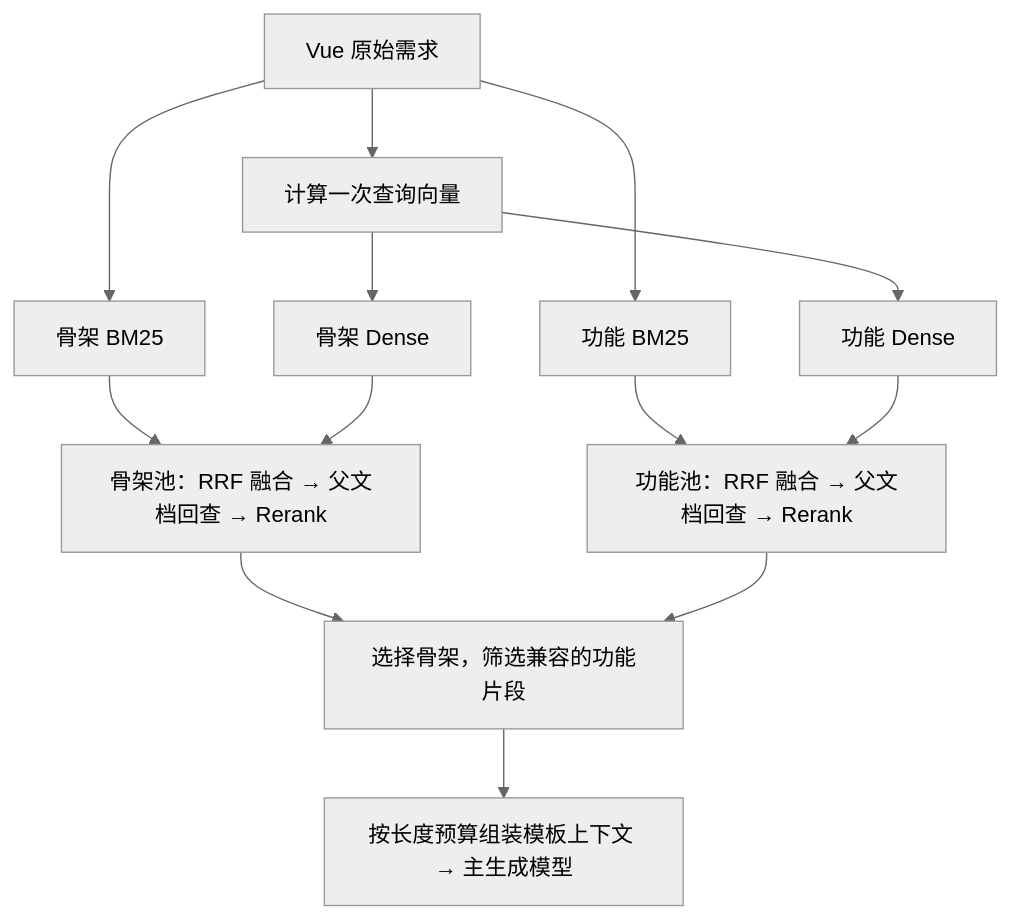
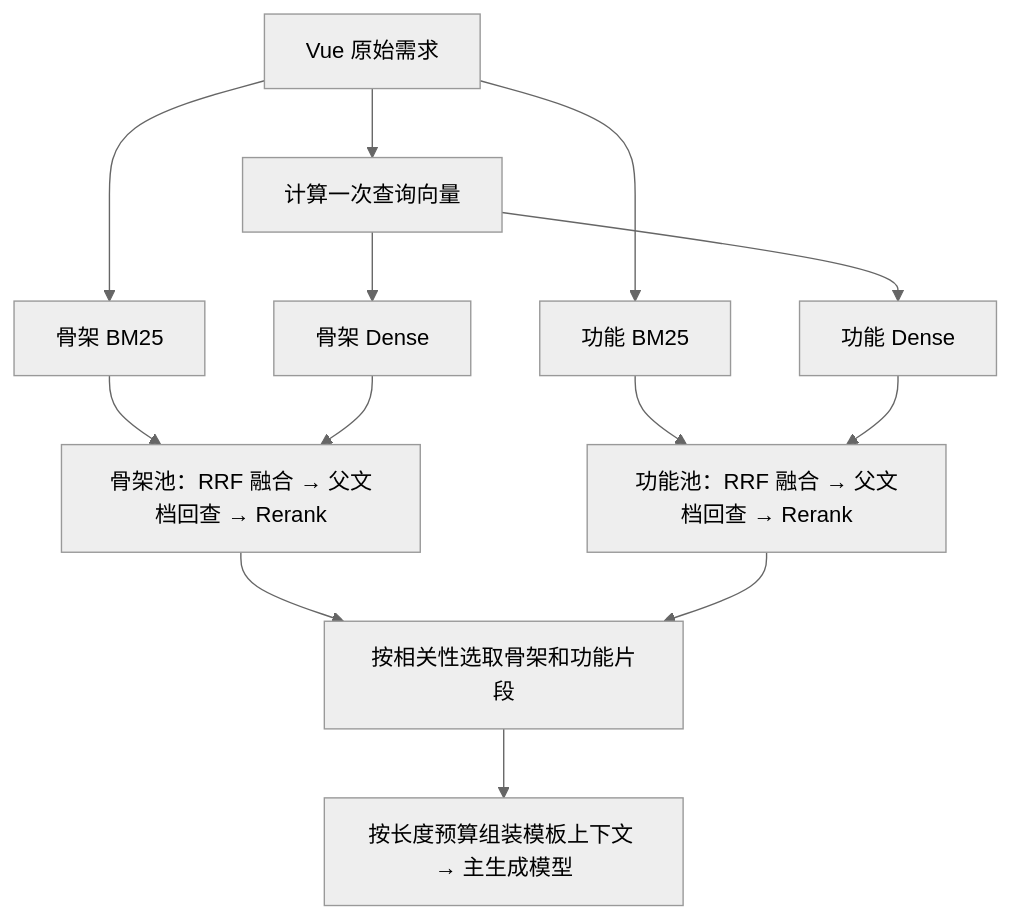
The second of 2 diagrams in README.md (lywnl/ai-app-generation), drawn with Mermaid (neutral theme) before and after one commit. The commit also changed other lines of this file and 31 other files, not shown here.

````diff
--- a/README.md
+++ b/README.md
@@ -169,15 +169,15 @@
 ```mermaid
 flowchart TD
     QUERY["Vue 原始需求"] --> EMBED["计算一次查询向量"]
     QUERY --> SB["骨架 BM25"]
     QUERY --> FB["功能 BM25"]
     EMBED --> SD["骨架 Dense"]
     EMBED --> FD["功能 Dense"]
     SB --> SK["骨架池：RRF 融合 → 父文档回查 → Rerank"]
     SD --> SK
     FB --> FT["功能池：RRF 融合 → 父文档回查 → Rerank"]
     FD --> FT
-    SK --> SELECT["选择骨架，筛选兼容的功能片段"]
+    SK --> SELECT["按相关性选取骨架和功能片段"]
     FT --> SELECT
     SELECT --> CONTEXT["按长度预算组装模板上下文 → 主生成模型"]
 ```
````
